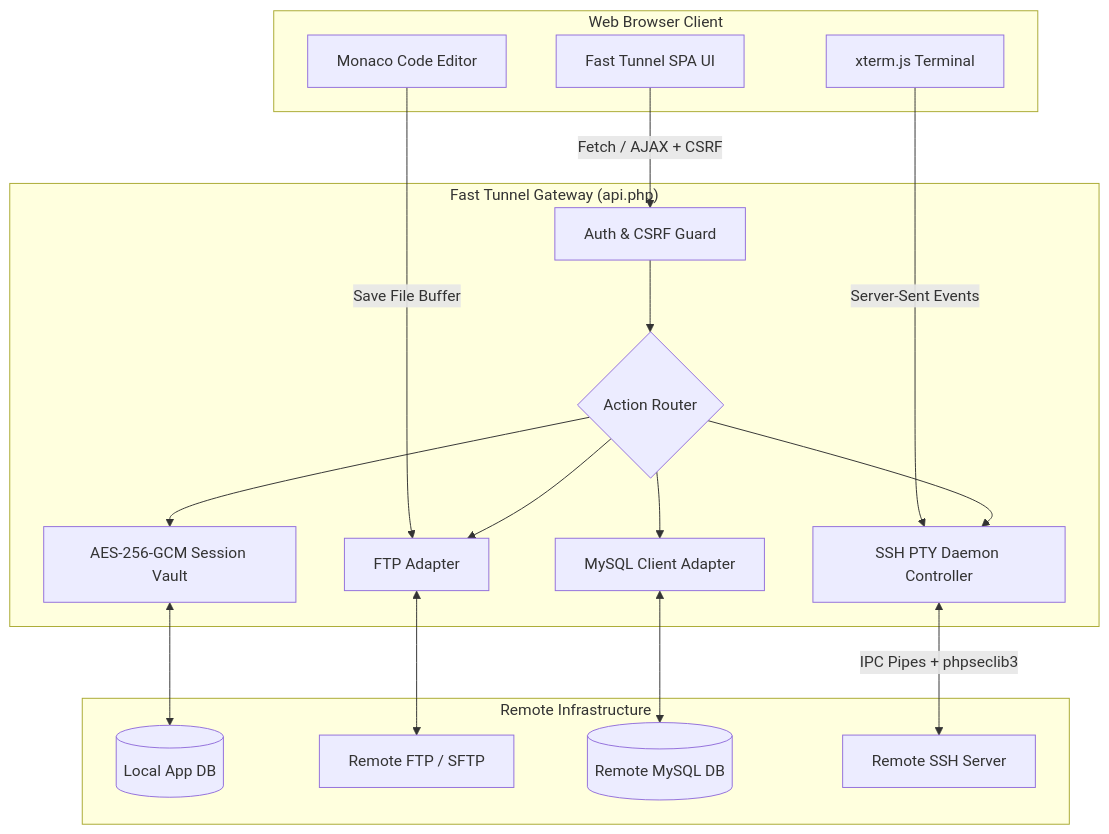
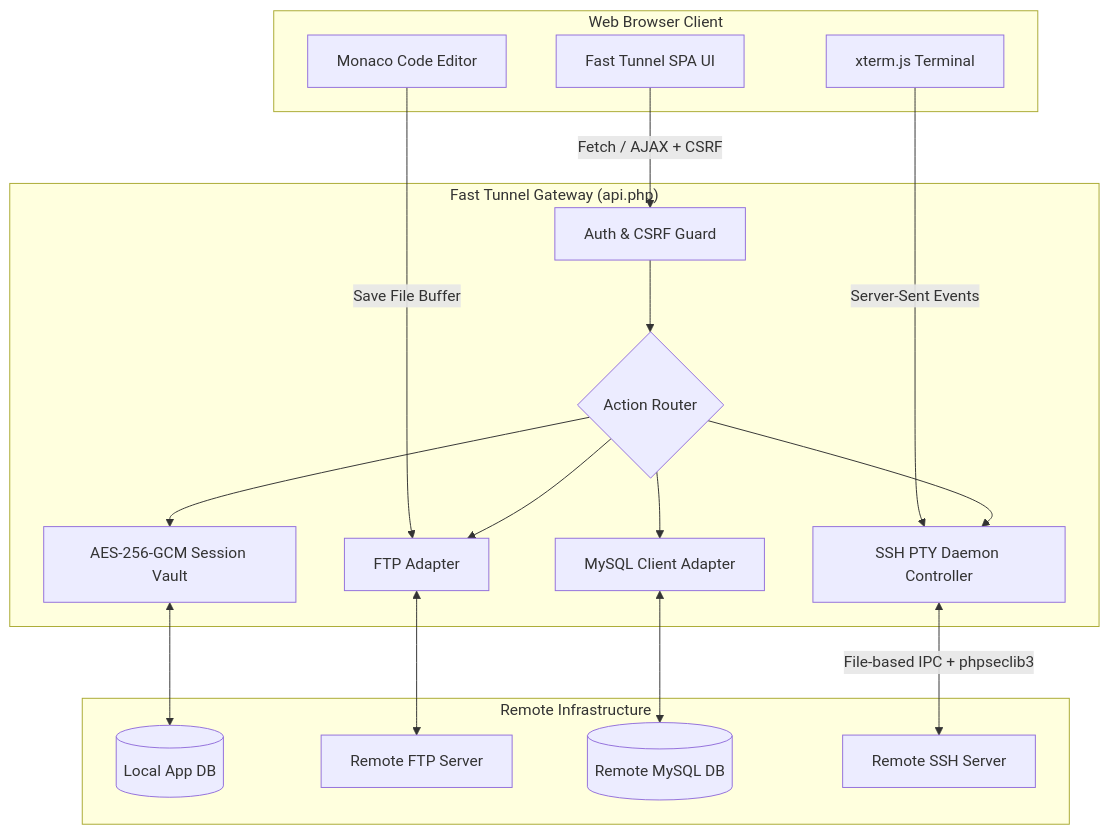
The diagram in README.md (arizu-id/fast-tunnel), drawn with Mermaid before and after one commit. The commit also changed other lines of this file and 2 other files, not shown here.

````diff
--- a/README.md
+++ b/README.md
@@ -69,34 +69,34 @@
 ```mermaid
 flowchart TD
     subgraph Browser ["Web Browser Client"]
         A[Fast Tunnel SPA UI]
         B[xterm.js Terminal]
         C[Monaco Code Editor]
     end
 
     subgraph Server ["Fast Tunnel Gateway (api.php)"]
         D{Action Router}
         E[Auth & CSRF Guard]
         F[AES-256-GCM Session Vault]
         G[FTP Adapter]
         H[MySQL Client Adapter]
         I[SSH PTY Daemon Controller]
     end
 
     subgraph Targets ["Remote Infrastructure"]
         J[(Local App DB)]
-        K[Remote FTP / SFTP]
+        K[Remote FTP Server]
         L[(Remote MySQL DB)]
         M[Remote SSH Server]
     end
 
     A -->|Fetch / AJAX + CSRF| E
     B -->|Server-Sent Events| I
     C -->|Save File Buffer| G
 
     E --> D
     D --> F <--> J
     D --> G <--> K
     D --> H <--> L
-    D --> I <-->|IPC Pipes + phpseclib3| M
+    D --> I <-->|File-based IPC + phpseclib3| M
 ```
````
